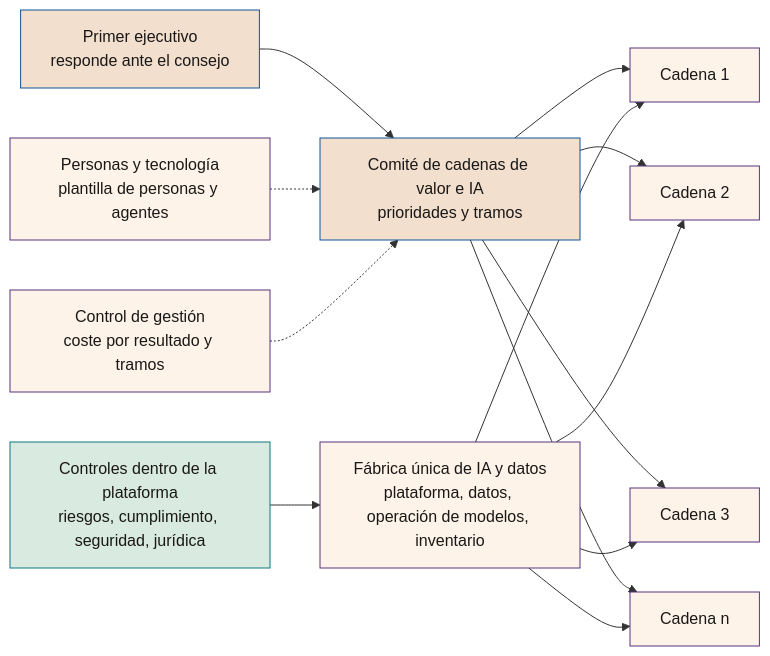
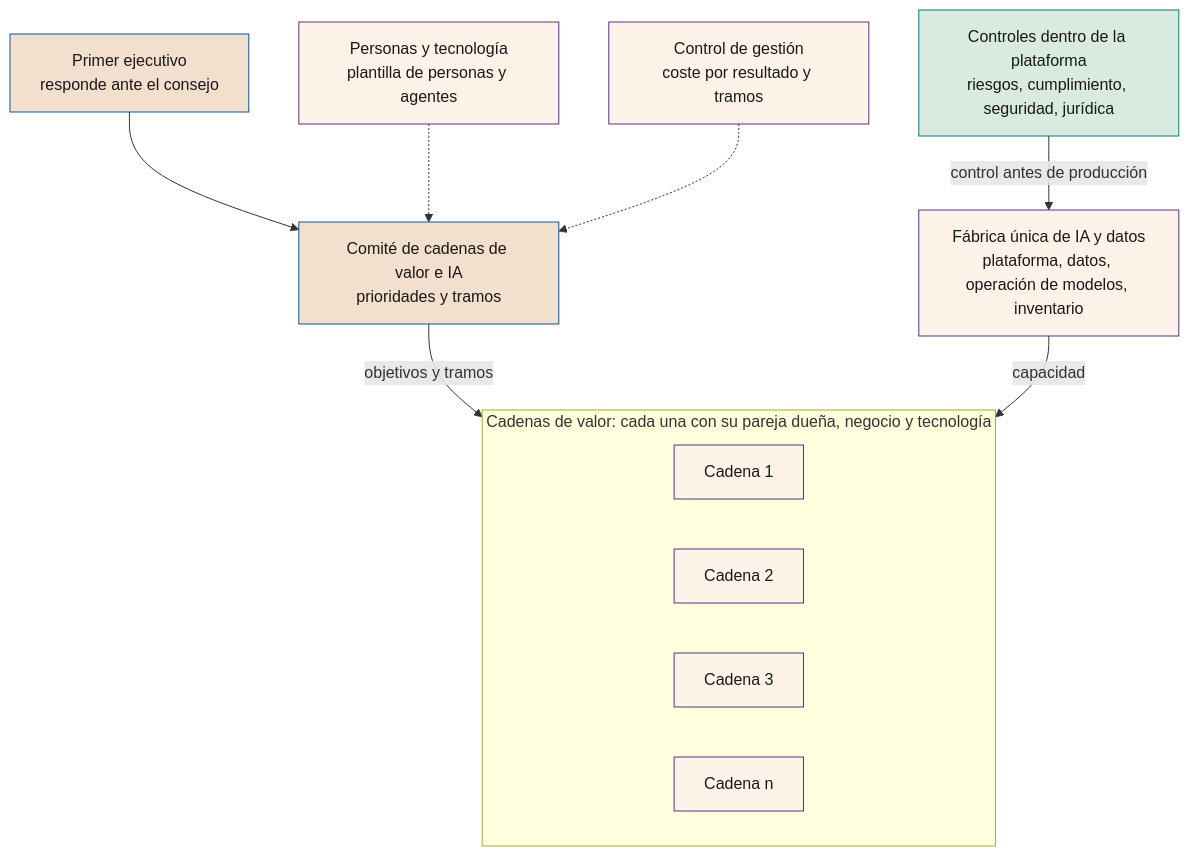
One commit to seachad/AI_CONSULTING changed the sixth of 7 diagrams in SEVEN-G/mds/es/54_SEVEN-G_Organizacion_de_la_compania_para_la_IA.md. Above: the diagram before and after it, drawn with Mermaid. The commit also changed other lines of this file and 15 other files, not shown here.

First line of the commit message:
Documento 54 §9: diagramas más legibles; HTML y PDF de 54 y 02, índices de códigos y búsqueda (D162)

````diff
--- a/SEVEN-G/mds/es/54_SEVEN-G_Organizacion_de_la_compania_para_la_IA.md
+++ b/SEVEN-G/mds/es/54_SEVEN-G_Organizacion_de_la_compania_para_la_IA.md
@@ -573,21 +573,28 @@
 ```mermaid
-flowchart LR
-  DG["Primer ejecutivo<br>responde ante el consejo"] --> COM["Comité de cadenas de valor e IA<br>prioridades y tramos"]
-  COM --> C1["Cadena 1"]
-  COM --> C2["Cadena 2"]
-  COM --> C3["Cadena 3"]
-  COM --> CN["Cadena n"]
-  FAB["Fábrica única de IA y datos<br>plataforma, datos, operación de modelos, inventario"] --> C1
-  FAB --> C2
-  FAB --> C3
-  FAB --> CN
-  CTL["Controles dentro de la plataforma<br>riesgos, cumplimiento, seguridad, jurídica"] --> FAB
-  PER["Personas y tecnología<br>plantilla de personas y agentes"] -.-> COM
-  FIN["Control de gestión<br>coste por resultado y tramos"] -.-> COM
+flowchart TB
+  DG["Primer ejecutivo<br>responde ante el consejo"]
+  COM["Comité de cadenas de valor e IA<br>prioridades y tramos"]
+  PER["Personas y tecnología<br>plantilla de personas y agentes"]
+  FIN["Control de gestión<br>coste por resultado y tramos"]
+  subgraph CAD["Cadenas de valor: cada una con su pareja dueña, negocio y tecnología"]
+    direction LR
+    C1["Cadena 1"]
+    C2["Cadena 2"]
+    C3["Cadena 3"]
+    CN["Cadena n"]
+  end
+  FAB["Fábrica única de IA y datos<br>plataforma, datos, operación de modelos, inventario"]
+  CTL["Controles dentro de la plataforma<br>riesgos, cumplimiento, seguridad, jurídica"]
+  DG --> COM
+  PER -.-> COM
+  FIN -.-> COM
+  COM -->|"objetivos y tramos"| CAD
+  FAB -->|"capacidad"| CAD
+  CTL -->|"control antes de producción"| FAB
   classDef dir fill:#f2dfce,stroke:#0f5499,color:#1a1817
   classDef ejec fill:#fdf3e8,stroke:#593380,color:#1a1817
   classDef ctl fill:#d9ebe0,stroke:#0d7680,color:#1a1817
   class DG,COM dir
   class C1,C2,C3,CN,FAB,PER,FIN ejec
   class CTL ctl
 ```
````
